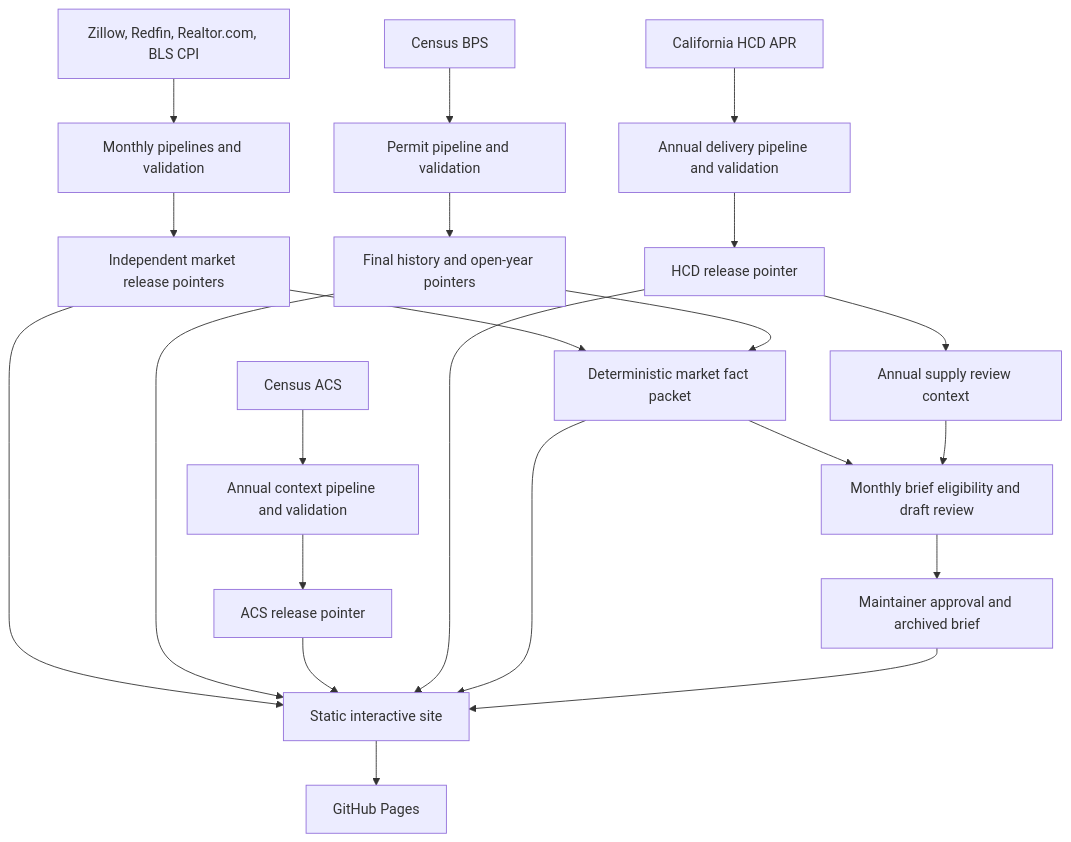
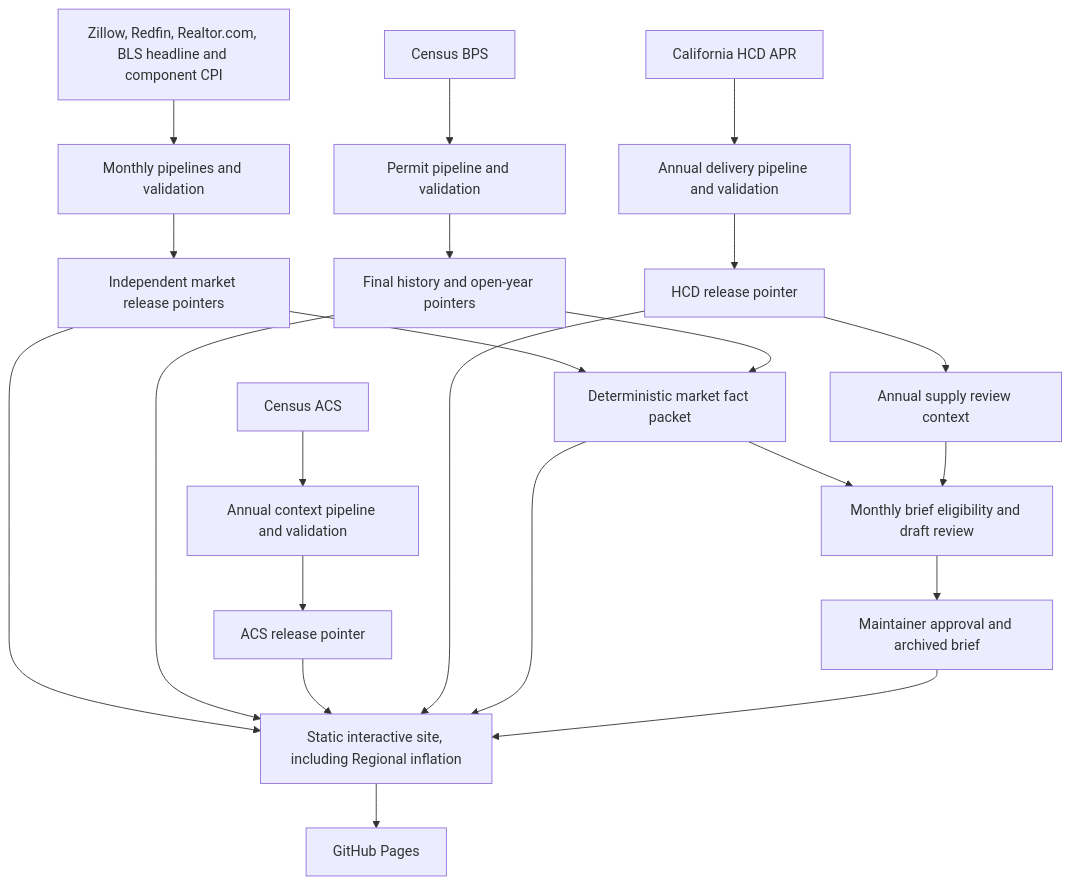
Before and after one commit to desenlin/housing-market-lab: the diagram in README.md, drawn with Mermaid. The commit also changed other lines of this file and 23 other files, not shown here.

Commit message:
feat: integrate regional inflation lens and BLS component provenance

````diff
--- a/README.md
+++ b/README.md
@@ -53,24 +56,24 @@
 ```mermaid
 flowchart TD
-  M["Zillow, Redfin, Realtor.com, BLS CPI"] --> MP["Monthly pipelines and validation"]
+  M["Zillow, Redfin, Realtor.com, BLS headline and component CPI"] --> MP["Monthly pipelines and validation"]
   MP --> MR["Independent market release pointers"]
   B["Census BPS"] --> BP["Permit pipeline and validation"]
   BP --> BR["Final history and open-year pointers"]
   A["Census ACS"] --> AP["Annual context pipeline and validation"]
   AP --> AR["ACS release pointer"]
   H["California HCD APR"] --> HP["Annual delivery pipeline and validation"]
   HP --> HR["HCD release pointer"]
-  MR --> UI["Static interactive site"]
+  MR --> UI["Static interactive site, including Regional inflation"]
   BR --> UI
   AR --> UI
   HR --> UI
   MR --> F["Deterministic market fact packet"]
   BR --> F
   F --> UI
   F --> D["Monthly brief eligibility and draft review"]
   HR --> HC["Annual supply review context"]
   HC --> D
   D --> R["Maintainer approval and archived brief"]
   R --> UI
   UI --> P["GitHub Pages"]
 ```
````
